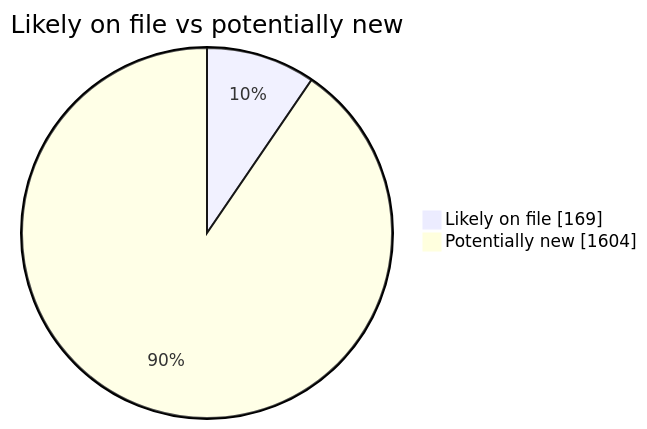
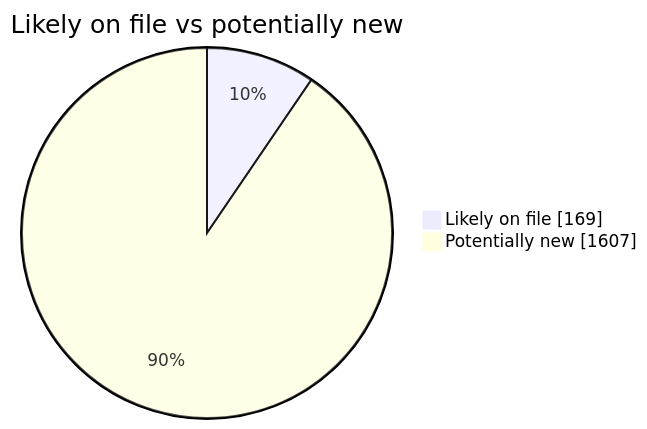
One commit to martinbalfanz/social-scanner-reports changed the second of 4 diagrams in README.md. Above: the diagram before and after it, drawn with Mermaid. The commit also changed other lines of this file and 4 other files, not shown here.

````diff
--- a/README.md
+++ b/README.md
@@ -40,5 +40,5 @@
 ```mermaid
 pie showData title Likely on file vs potentially new
     "Likely on file" : 169
-    "Potentially new" : 1604
+    "Potentially new" : 1607
 ```
````
